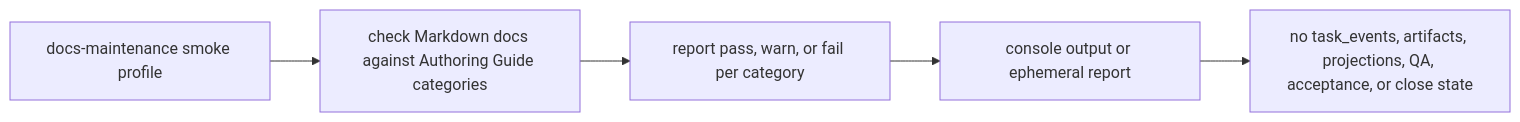
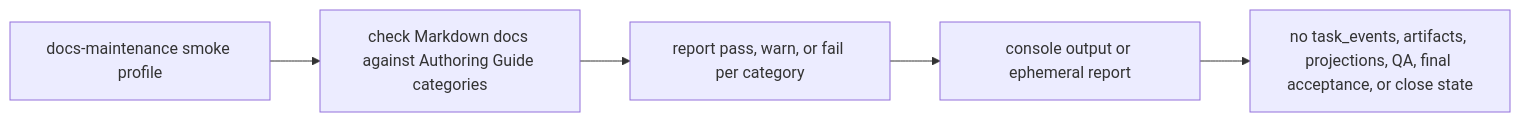
One commit to minjungw00/Harness_Project changed the third of 11 diagrams in docs/en/reference/operations-and-conformance.md. Above: the diagram before and after it, drawn with Mermaid. The commit also changed other lines of this file and 80 other files, not shown here.

````diff
--- a/docs/en/reference/operations-and-conformance.md
+++ b/docs/en/reference/operations-and-conformance.md
@@ -182,7 +182,7 @@
 ```mermaid
 flowchart LR
   Start["docs-maintenance smoke profile"] --> Check["check Markdown docs against Authoring Guide categories"]
   Check --> Report["report pass, warn, or fail per category"]
   Report --> Output["console output or ephemeral report"]
-  Output --> Hold["no task_events, artifacts, projections, QA, acceptance, or close state"]
+  Output --> Hold["no task_events, artifacts, projections, QA, final acceptance, or close state"]
 ```
````
